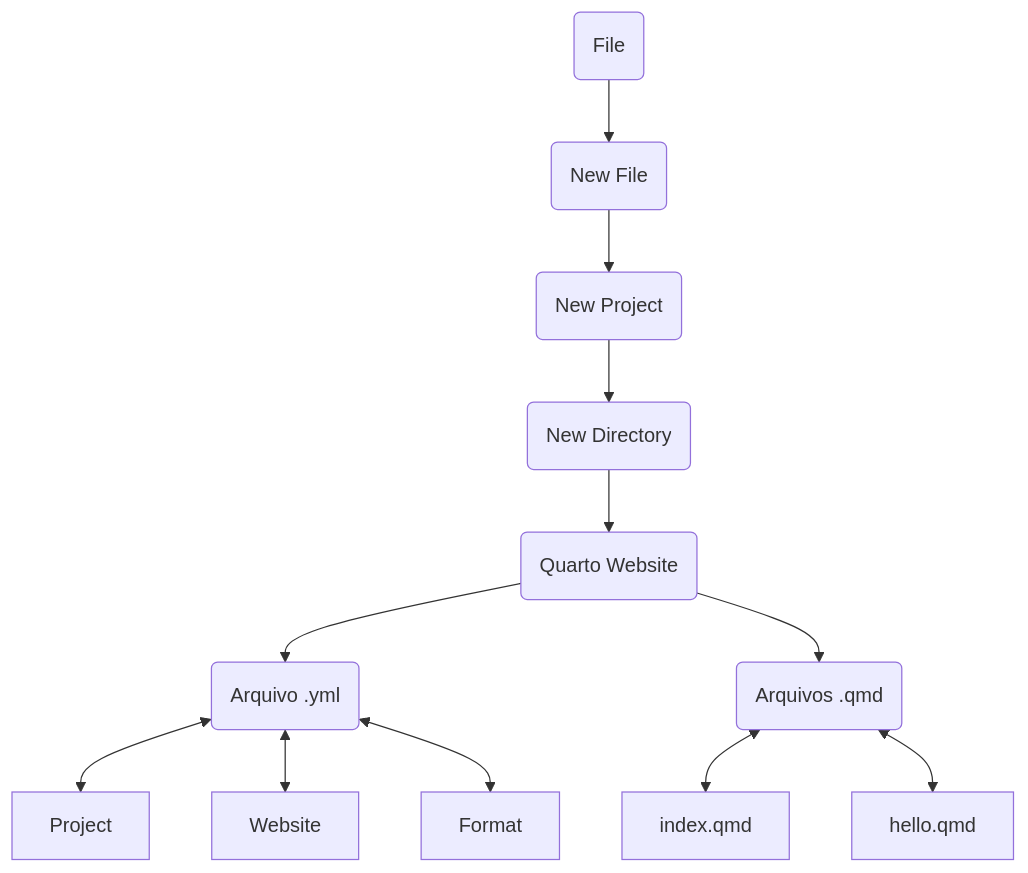
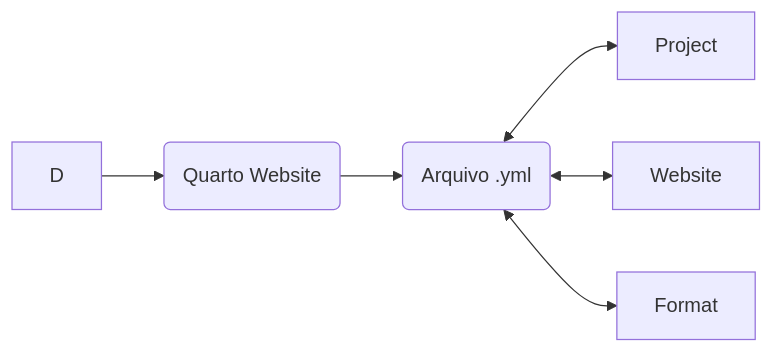
The second of 3 diagrams in introducao_quarto_markdown.qmd (francojra/introducao_ao_quarto), drawn with Mermaid before and after one commit. The commit also changed other lines of this file, not shown here.

````diff
--- a/introducao_quarto_markdown.qmd
+++ b/introducao_quarto_markdown.qmd
@@ -72,14 +80,8 @@
 ```{mermaid}
-flowchart TB
-  A(File) --> B(New File)
-  B --> C(New Project)
-  C --> D(New Directory)
-  D --> E(Quarto Website)
-  E --> F(Arquivo .yml)
+flowchart LR
+  D -->  E(Quarto Website)
+  E -->  F(Arquivo .yml)
   F <--> G[Project]
-  F <-->H[Website]
+  F <--> H[Website]
   F <--> I[Format]
-  E --> J(Arquivos .qmd)
-  J <--> K[index.qmd]
-  J <--> L[hello.qmd]
 ```
````
